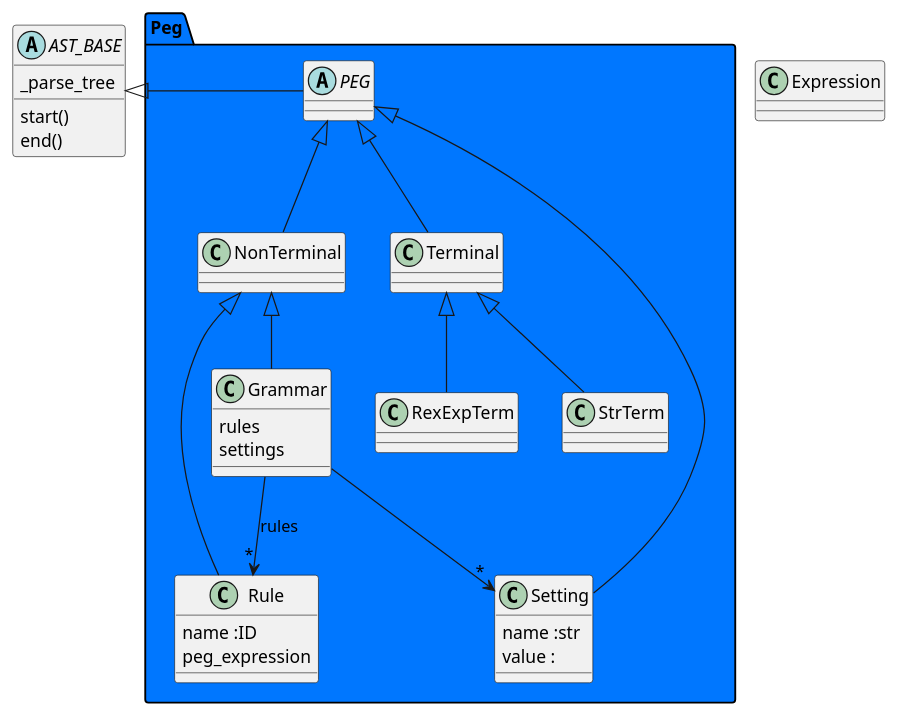
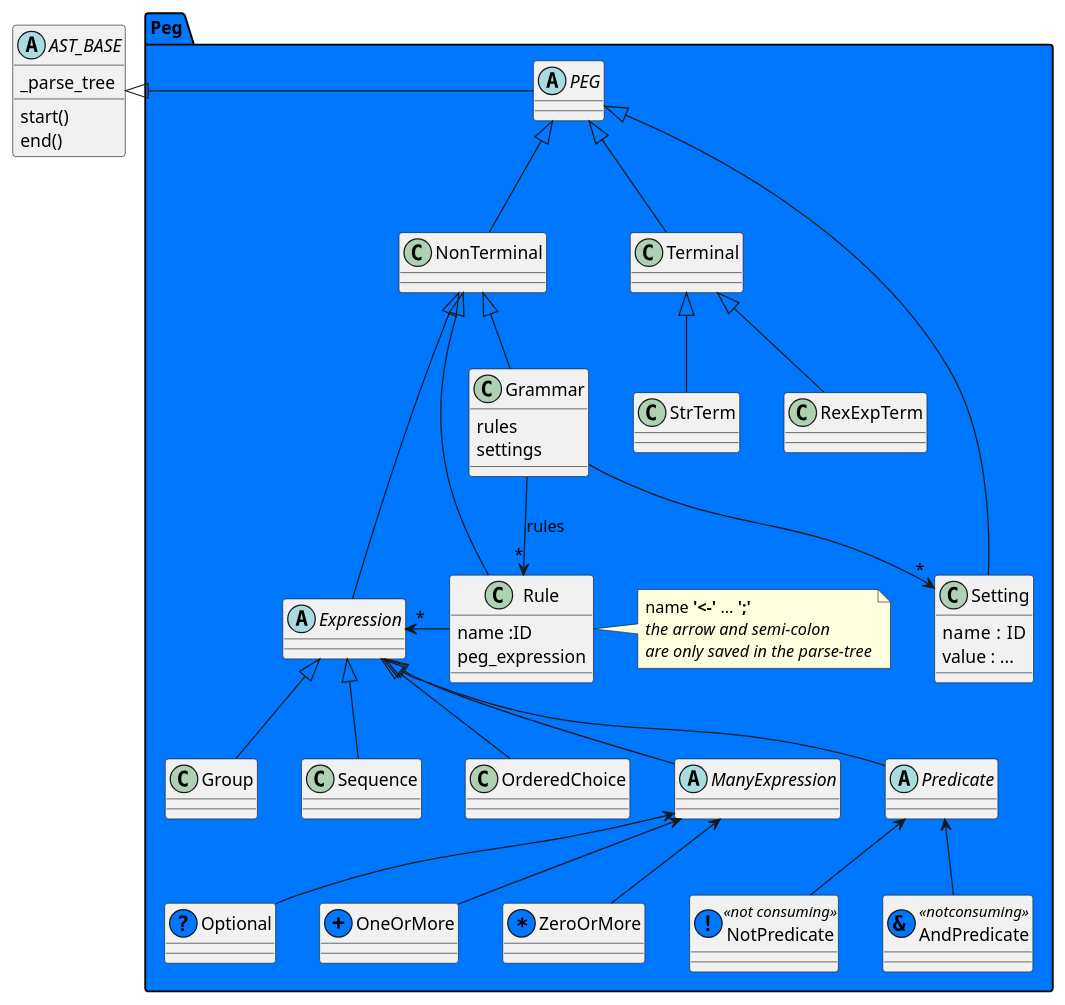
Before and after one commit to AlbertMietus/CCastle2.hg: the diagram in AST/design/Peg.puml, drawn with PlantUML.

Commit message:
try2 of AST design

```diff
--- a/AST/design/Peg.puml
+++ b/AST/design/Peg.puml
@@ -1,44 +1,74 @@
 @startuml
 abstract AST_BASE {
   _parse_tree
   start()
   end()
 }
 
 package Peg #0077ff {
-
+ 
 abstract PEG
 AST_BASE <|= PEG
 
 PEG      <|== NonTerminal
 PEG      <|== Terminal
 Terminal <|== StrTerm
 Terminal <|== RexExpTerm
 PEG      <|== Setting
 
 NonTerminal  <|== Grammar
 NonTerminal  <|== Rule
+NonTerminal  <|== Expression
 
 class Grammar {
   rules
   settings
 }
 Grammar --> "*" Rule : rules
 Grammar --> "*" Setting
 
 class Rule {
  name :ID
  peg_expression
 }
+Rule  -> "*" Expression
+note right of Rule
+ name **'<-'** ... **';'**
+ //the arrow and semi-colon//
+ //are only saved in the parse-tree//
+endnote
 
 class Setting  {
- name :str
- value :
+ name  : ID
+ value : ...
 }
+
+abstract Expression{}
+
+
+Expression <|== Group
+Expression <|== Sequence
+Expression <|== OrderedChoice
+Expression <|== ManyExpression
+Expression <|== Predicate
+
+abstract ManyExpression
+abstract Predicate
+
+ManyExpression <== Optional
+ManyExpression <== OneOrMore
+ManyExpression <== ZeroOrMore
+
+Predicate <== AndPredicate
+Predicate <== NotPredicate
+
+class AndPredicate << (&, #0077ff) notconsuming >>
+class NotPredicate << (! ,#0077ff) not consuming >>
+
+class Optional   << (?, #0077ff) >>
+class OneOrMore  << (+, #0077ff) >>
+class ZeroOrMore << (*, #0077ff) >>
 
 }
 
-
-
-class Expression{}
 @enduml
```
